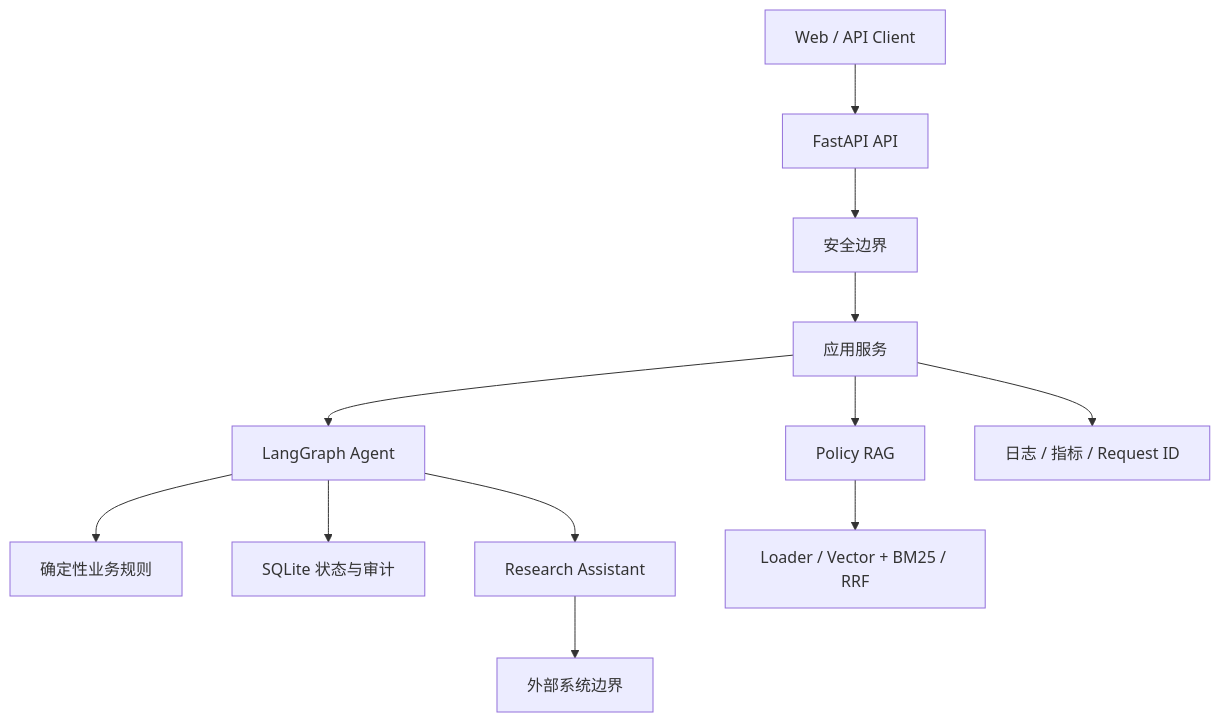
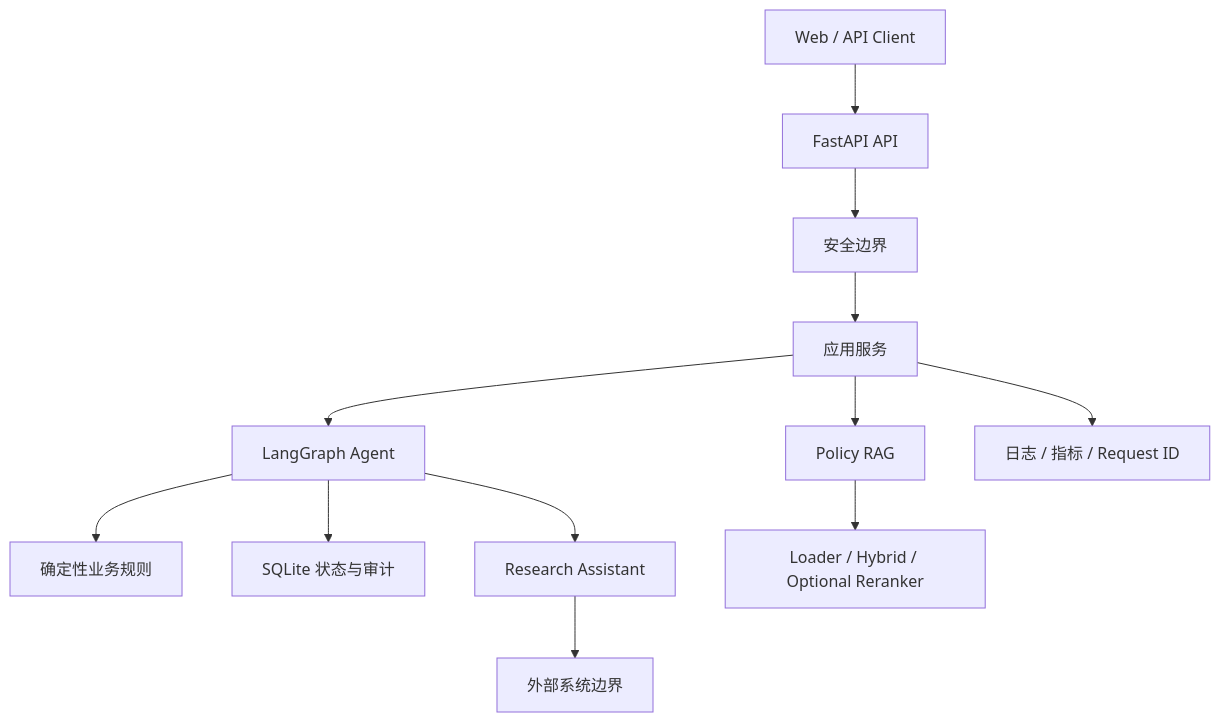
Before and after one commit to greyle12/enterprise-policy-agent: the first of 3 diagrams in docs/system_architecture.md, drawn with Mermaid. The commit also changed other lines of this file and 32 other files, not shown here.

````diff
--- a/docs/system_architecture.md
+++ b/docs/system_architecture.md
@@ -7,14 +7,14 @@
 ```mermaid
 flowchart TD
     Client["Web / API Client"] --> API["FastAPI API"]
     API --> Security["安全边界"]
     Security --> Services["应用服务"]
     Services --> Agent["LangGraph Agent"]
     Services --> RAG["Policy RAG"]
     Agent --> Rules["确定性业务规则"]
     Agent --> State["SQLite 状态与审计"]
     Agent --> Research["Research Assistant"]
-    RAG --> Policies["Loader / Vector + BM25 / RRF"]
+    RAG --> Policies["Loader / Hybrid / Optional Reranker"]
     Research --> External["外部系统边界"]
     Services --> Observe["日志 / 指标 / Request ID"]
 ```
````
